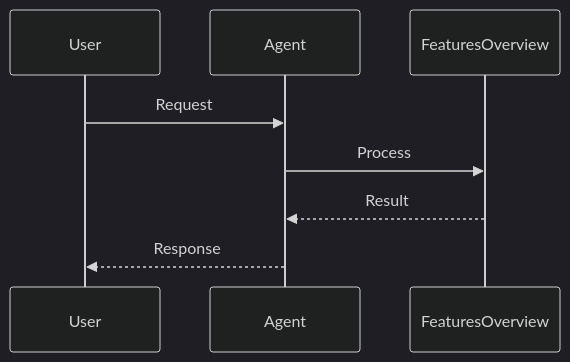
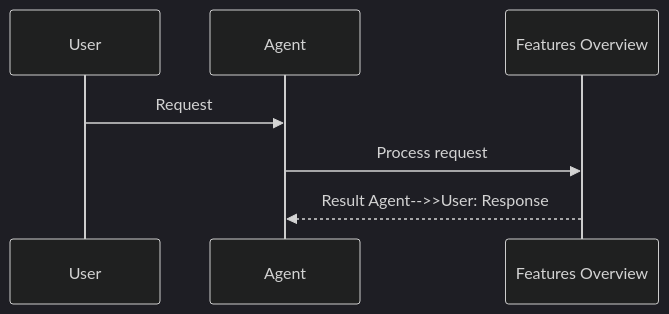
One commit to MervinPraison/PraisonAIDocs changed the second of 2 diagrams in docs/features/index.mdx. Above: the diagram before and after it, drawn with Mermaid (dark theme). The commit also changed 204 other files, not shown here.

First line of the commit message:
docs: align feature/tool pages with AGENTS.md hero + sequence + import standards (fixes #1775)

````diff
--- a/docs/features/index.mdx
+++ b/docs/features/index.mdx
@@ -38,11 +38,10 @@
 ```mermaid
 sequenceDiagram
     participant User
     participant Agent
-    participant FeaturesOverview
+    participant Feature as Features Overview
 
     User->>Agent: Request
-    Agent->>FeaturesOverview: Process
-    FeaturesOverview-->>Agent: Result
-    Agent-->>User: Response
+    Agent->>Feature: Process request
+    Feature-->>Agent: Result    Agent-->>User: Response
 ```
````
